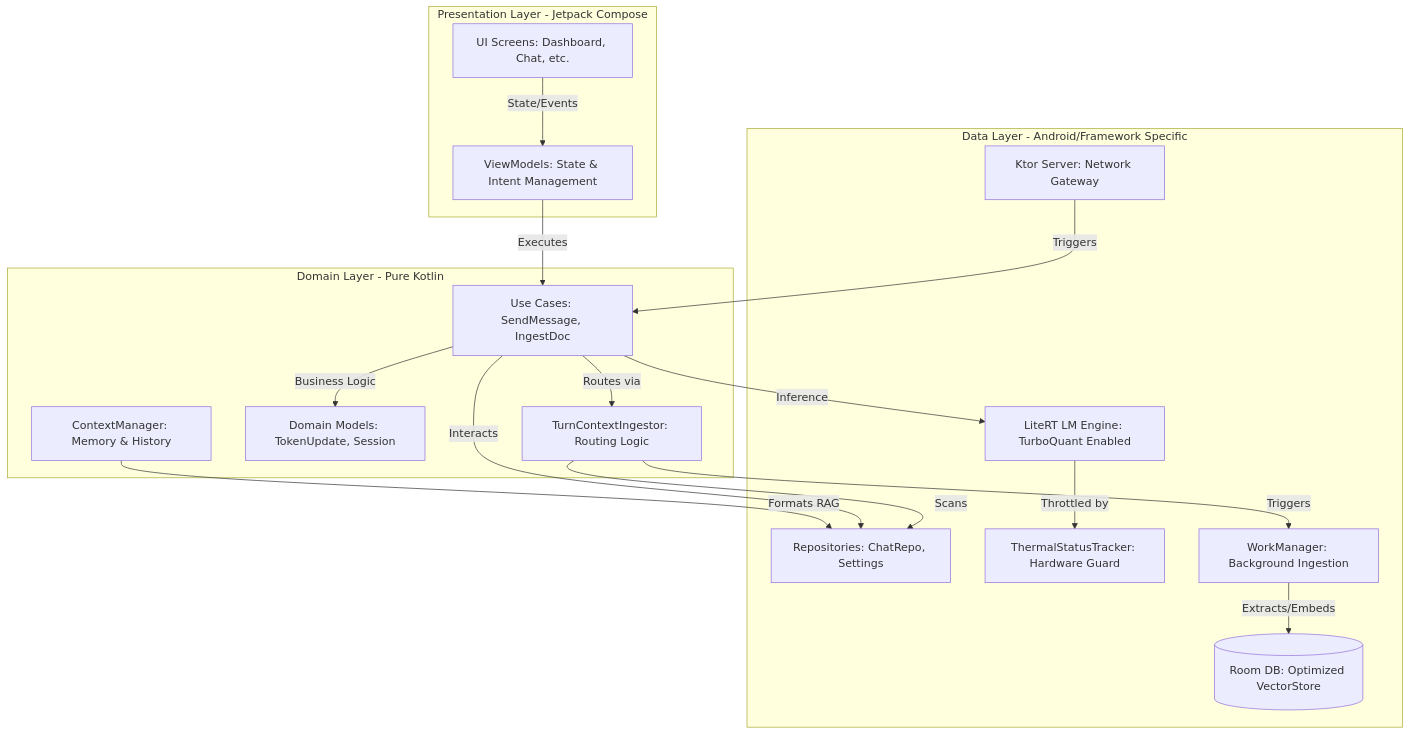
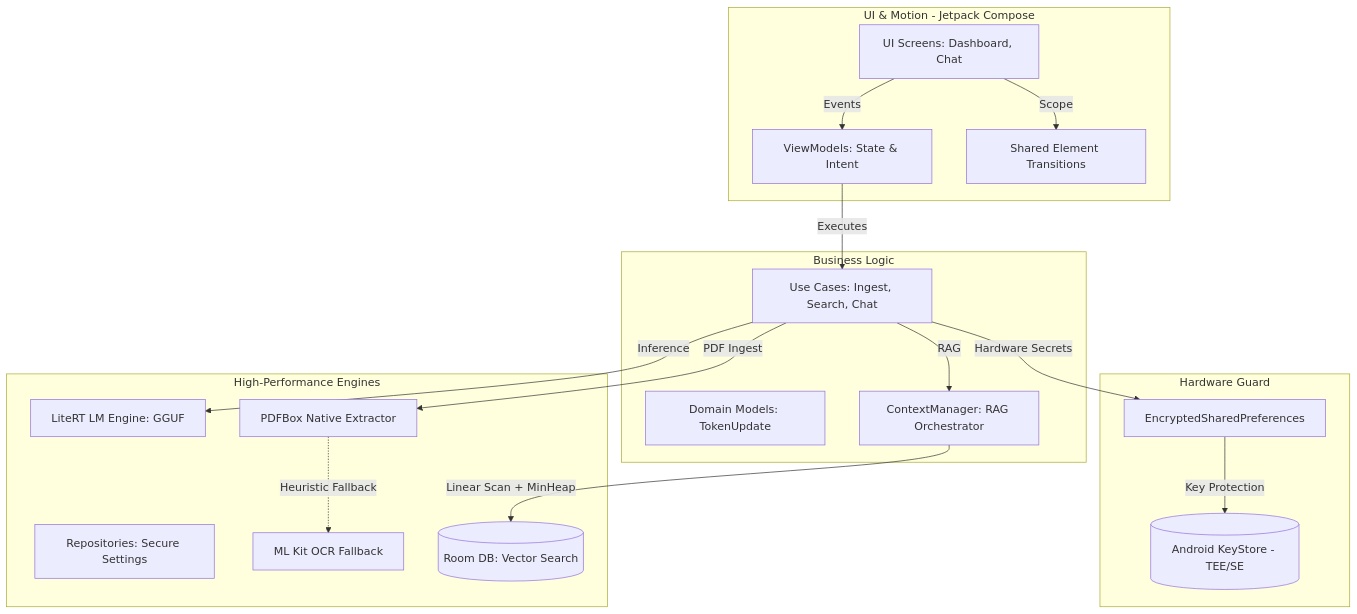
The first of 4 diagrams in README.md (kallolchakraborty/Chhanda-AI), drawn with Mermaid before and after one commit. The commit also changed other lines of this file and 2 other files, not shown here.

Commit message:
Docs: Extensively updated README, MANUAL, and HACKATHON_SUBMISSION with hardened architecture and detailed diagrams

````diff
--- a/README.md
+++ b/README.md
@@ -85,36 +79,38 @@
 ```mermaid
 graph TD
-    subgraph Presentation Layer [Presentation Layer - Jetpack Compose]
-        UI[UI Screens: Dashboard, Chat, etc.]
-        VM[ViewModels: State & Intent Management]
+    subgraph Presentation Layer [UI & Motion - Jetpack Compose]
+        UI[UI Screens: Dashboard, Chat]
+        SET[Shared Element Transitions]
+        VM[ViewModels: State & Intent]
     end
 
-    subgraph Domain Layer [Domain Layer - Pure Kotlin]
-        UC[Use Cases: SendMessage, IngestDoc]
-        TCI[TurnContextIngestor: Routing Logic]
-        MOD[Domain Models: TokenUpdate, Session]
-        CM[ContextManager: Memory & History]
+    subgraph Security Layer [Hardware Guard]
+        ESP[EncryptedSharedPreferences]
+        KS[(Android KeyStore - TEE/SE)]
     end
 
-    subgraph Data Layer [Data Layer - Android/Framework Specific]
-        REP[Repositories: ChatRepo, Settings]
-        TST[ThermalStatusTracker: Hardware Guard]
-        DB[(Room DB: Optimized VectorStore)]
-        LRT[LiteRT LM Engine: TurboQuant Enabled]
-        KTOR[Ktor Server: Network Gateway]
-        WRK[WorkManager: Background Ingestion]
+    subgraph Domain Layer [Business Logic]
+        UC[Use Cases: Ingest, Search, Chat]
+        MOD[Domain Models: TokenUpdate]
+        CM[ContextManager: RAG Orchestrator]
     end
 
-    UI -->|State/Events| VM
+    subgraph Data Layer [High-Performance Engines]
+        REP[Repositories: Secure Settings]
+        DB[(Room DB: Vector Search)]
+        LRT[LiteRT LM Engine: GGUF]
+        PDF[PDFBox Native Extractor]
+        OCR[ML Kit OCR Fallback]
+    end
+
+    UI -->|Scope| SET
+    UI -->|Events| VM
     VM -->|Executes| UC
-    UC -->|Business Logic| MOD
-    UC -->|Routes via| TCI
-    TCI -->|Scans| REP
-    TCI -->|Triggers| WRK
-    LRT -->|Throttled by| TST
-    UC -->|Interacts| REP
-    CM -->|Formats RAG| REP
+    UC -->|Hardware Secrets| ESP
+    ESP -->|Key Protection| KS
+    UC -->|RAG| CM
+    CM -->|Linear Scan + MinHeap| DB
+    UC -->|PDF Ingest| PDF
+    PDF -.->|Heuristic Fallback| OCR
     UC -->|Inference| LRT
-    KTOR -->|Triggers| UC
-    WRK -->|Extracts/Embeds| DB
 ```
````
